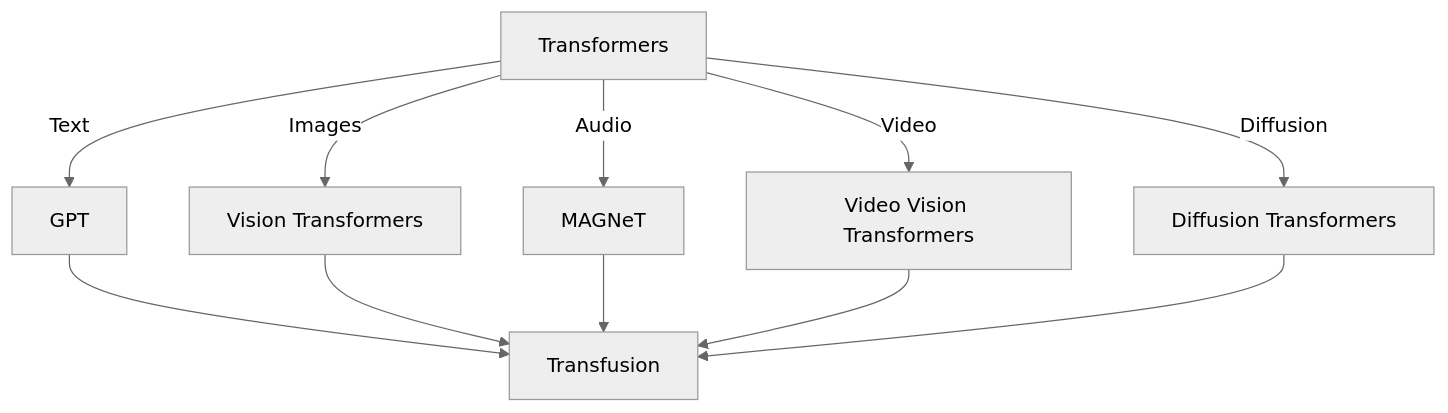
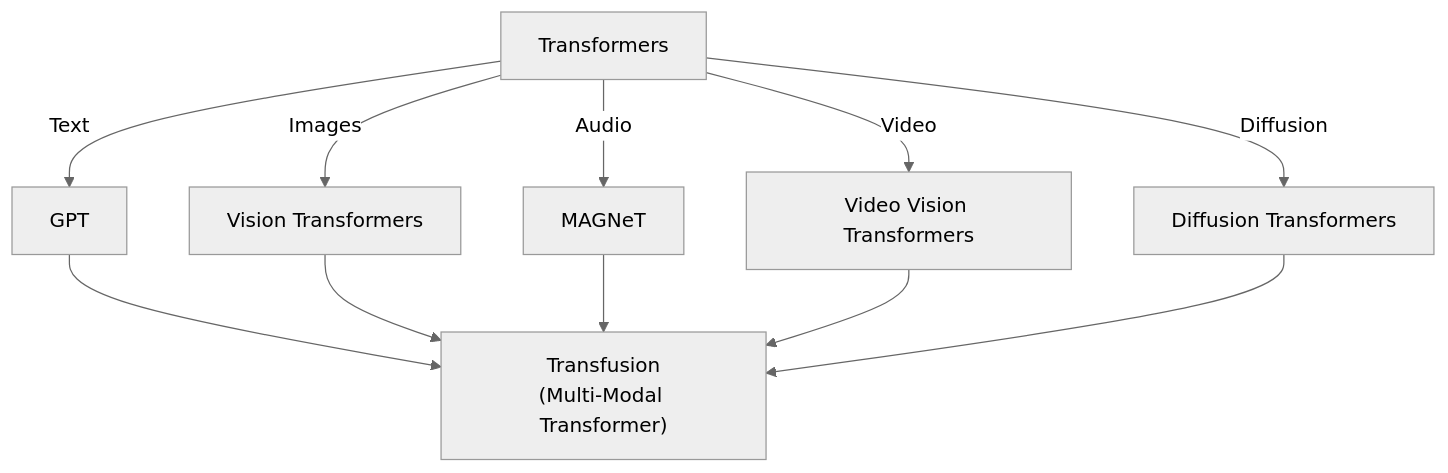
The diagram in README.md (VachanVY/VachanVY), drawn with Mermaid (neutral theme) before and after one commit.

````diff
--- a/README.md
+++ b/README.md
@@ -25,15 +25,16 @@
 ```mermaid
 graph TD;
     Transformers -->|Text| GPT;
     Transformers -->|Images| Vision_Transformers["Vision Transformers"];
     Transformers -->|Audio| MAGNeT["MAGNeT"];
     Transformers --> |Video| Video_Vision_Transformers["Video Vision Transformers"];
     Transformers -->|Diffusion| Diffusion_Transformers["Diffusion Transformers"];
 
-    GPT --> Multi_Modal_Transformers["Transfusion"];
+    GPT --> Multi_Modal_Transformers["Transfusion
+(Multi-Modal Transformer)"];
     Vision_Transformers --> Multi_Modal_Transformers;
     MAGNeT --> Multi_Modal_Transformers;
     Video_Vision_Transformers --> Multi_Modal_Transformers
     Diffusion_Transformers --> Multi_Modal_Transformers
 
 ```
````
